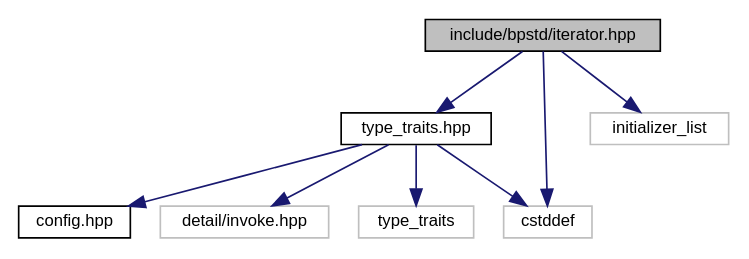
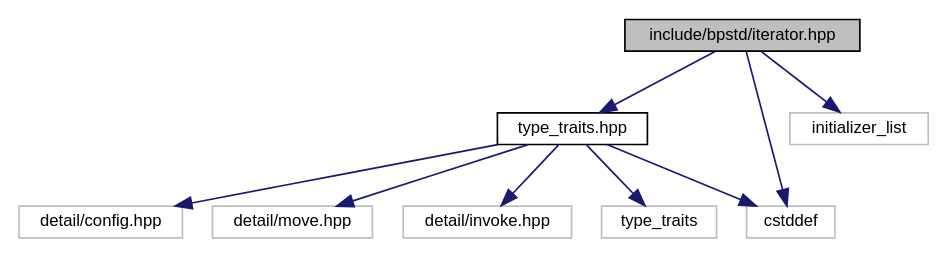
The diagram in api/latest/df/d9e/iterator_8hpp__incl.dot (bitwizeshift/BackportCpp), drawn with Graphviz before and after one commit. The commit also changed 67 other files, not shown here.

```diff
--- a/api/latest/df/d9e/iterator_8hpp__incl.dot
+++ b/api/latest/df/d9e/iterator_8hpp__incl.dot
@@ -1,19 +1,21 @@
 digraph "include/bpstd/iterator.hpp"
 {
   edge [fontname="Helvetica",fontsize="10",labelfontname="Helvetica",labelfontsize="10"];
   node [fontname="Helvetica",fontsize="10",shape=record];
   Node0 [label="include/bpstd/iterator.hpp",height=0.2,width=0.4,color="black", fillcolor="grey75", style="filled", fontcolor="black"];
   Node0 -> Node1 [color="midnightblue",fontsize="10",style="solid",fontname="Helvetica"];
   Node1 [label="type_traits.hpp",height=0.2,width=0.4,color="black", fillcolor="white", style="filled",URL="$dc/d54/type__traits_8hpp.html",tooltip="This header provides definitions from the C++ header <type_traits> "];
   Node1 -> Node2 [color="midnightblue",fontsize="10",style="solid",fontname="Helvetica"];
-  Node2 [label="config.hpp",height=0.2,width=0.4,color="black", fillcolor="white", style="filled",URL="$d8/dfd/config_8hpp.html",tooltip="This header provides configuration data for the bpstd library. "];
+  Node2 [label="detail/config.hpp",height=0.2,width=0.4,color="grey75", fillcolor="white", style="filled"];
   Node1 -> Node3 [color="midnightblue",fontsize="10",style="solid",fontname="Helvetica"];
-  Node3 [label="detail/invoke.hpp",height=0.2,width=0.4,color="grey75", fillcolor="white", style="filled"];
+  Node3 [label="detail/move.hpp",height=0.2,width=0.4,color="grey75", fillcolor="white", style="filled"];
   Node1 -> Node4 [color="midnightblue",fontsize="10",style="solid",fontname="Helvetica"];
-  Node4 [label="type_traits",height=0.2,width=0.4,color="grey75", fillcolor="white", style="filled"];
+  Node4 [label="detail/invoke.hpp",height=0.2,width=0.4,color="grey75", fillcolor="white", style="filled"];
   Node1 -> Node5 [color="midnightblue",fontsize="10",style="solid",fontname="Helvetica"];
-  Node5 [label="cstddef",height=0.2,width=0.4,color="grey75", fillcolor="white", style="filled"];
-  Node0 -> Node5 [color="midnightblue",fontsize="10",style="solid",fontname="Helvetica"];
+  Node5 [label="type_traits",height=0.2,width=0.4,color="grey75", fillcolor="white", style="filled"];
+  Node1 -> Node6 [color="midnightblue",fontsize="10",style="solid",fontname="Helvetica"];
+  Node6 [label="cstddef",height=0.2,width=0.4,color="grey75", fillcolor="white", style="filled"];
   Node0 -> Node6 [color="midnightblue",fontsize="10",style="solid",fontname="Helvetica"];
-  Node6 [label="initializer_list",height=0.2,width=0.4,color="grey75", fillcolor="white", style="filled"];
+  Node0 -> Node7 [color="midnightblue",fontsize="10",style="solid",fontname="Helvetica"];
+  Node7 [label="initializer_list",height=0.2,width=0.4,color="grey75", fillcolor="white", style="filled"];
 }
```
